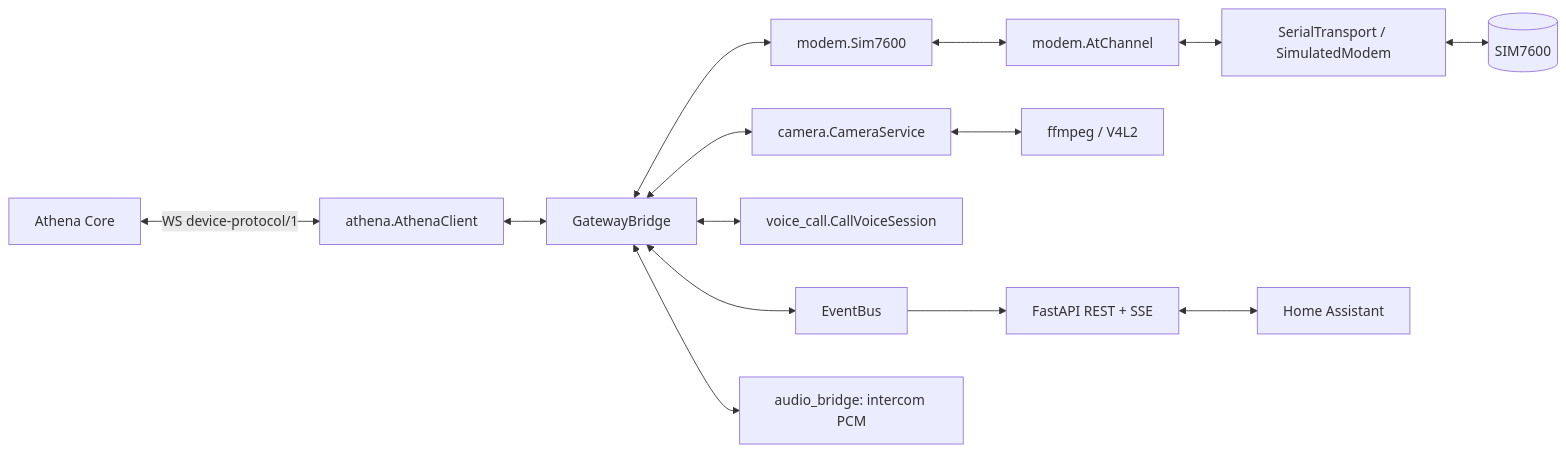
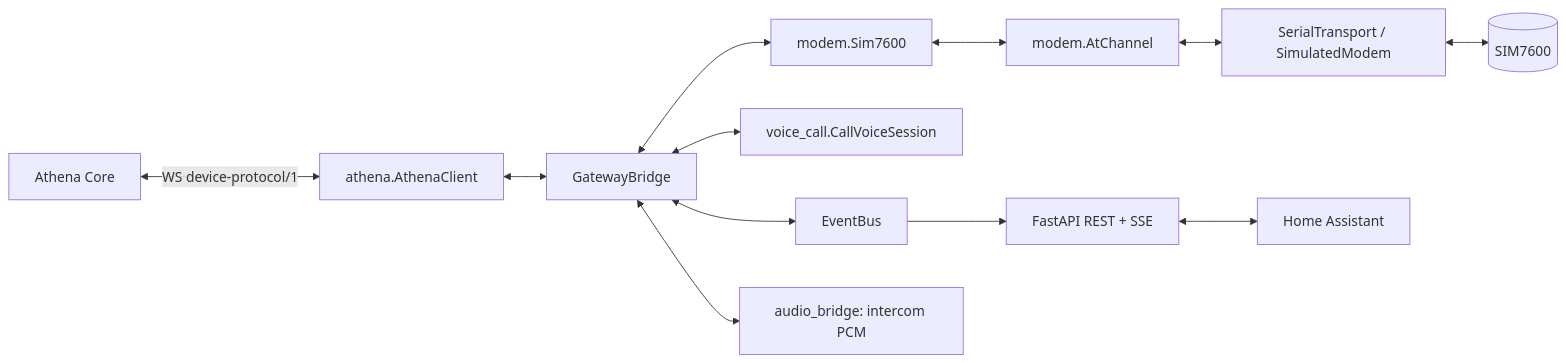
One commit to ruslan200065/AthenaAssistantGSMHA changed the first of 4 diagrams in docs/ARCHITECTURE.md. Above: the diagram before and after it, drawn with Mermaid. The commit also changed other lines of this file and 58 other files, not shown here.

````diff
--- a/docs/ARCHITECTURE.md
+++ b/docs/ARCHITECTURE.md
@@ -6,16 +6,14 @@
 ```mermaid
 flowchart LR
   CORE[Athena Core] <-->|WS device-protocol/1| AC[athena.AthenaClient]
   AC <--> BR[GatewayBridge]
   BR <--> MD[modem.Sim7600]
   MD <--> AT[modem.AtChannel]
   AT <--> TR[SerialTransport / SimulatedModem]
   TR <--> HW[(SIM7600)]
-  BR <--> CAM[camera.CameraService]
-  CAM <--> FF[ffmpeg / V4L2]
   BR <--> VC[voice_call.CallVoiceSession]
   BR <--> BUS[EventBus]
   BUS --> API[FastAPI REST + SSE]
   API <--> HA[Home Assistant]
   BR <--> AUD[audio_bridge: intercom PCM]
 ```
````
